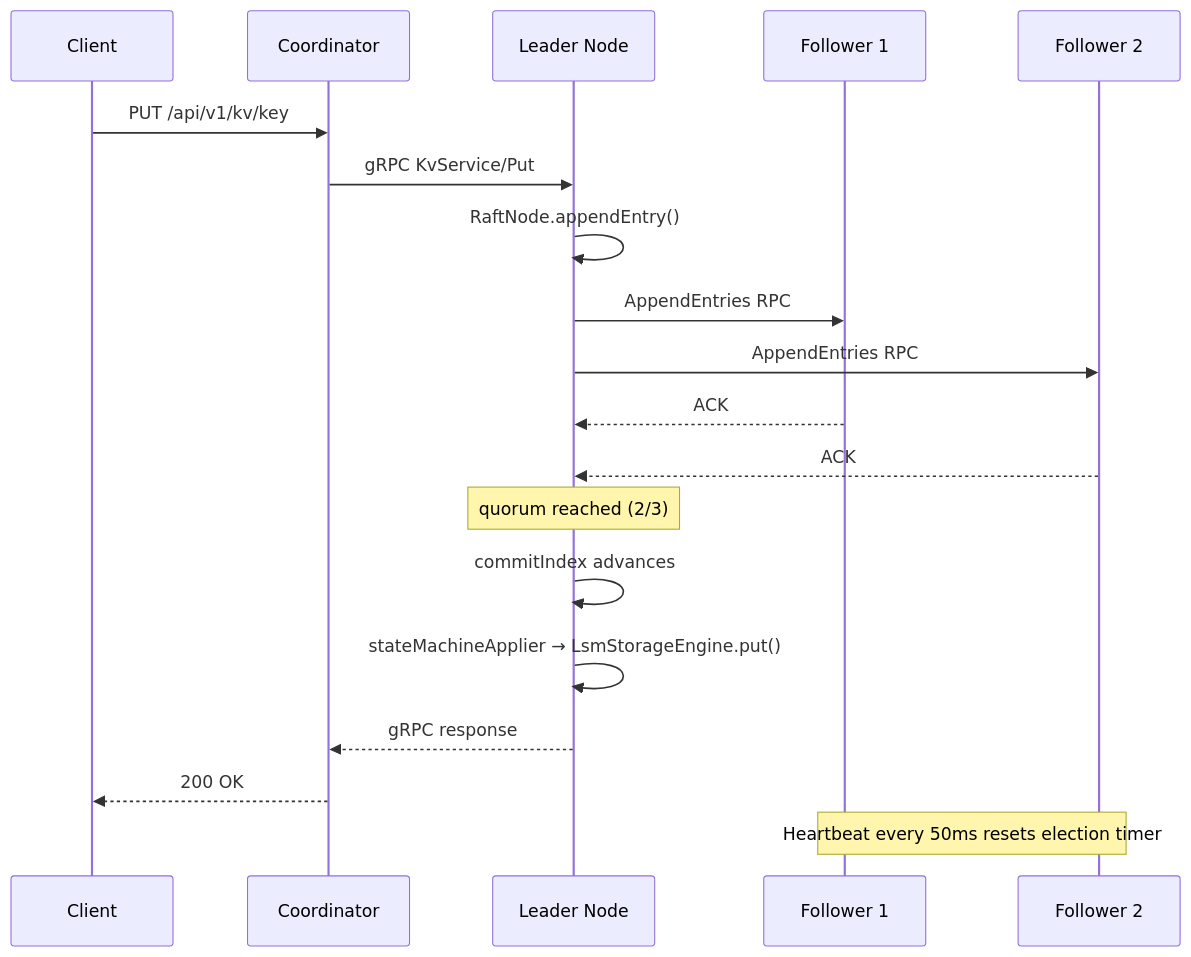
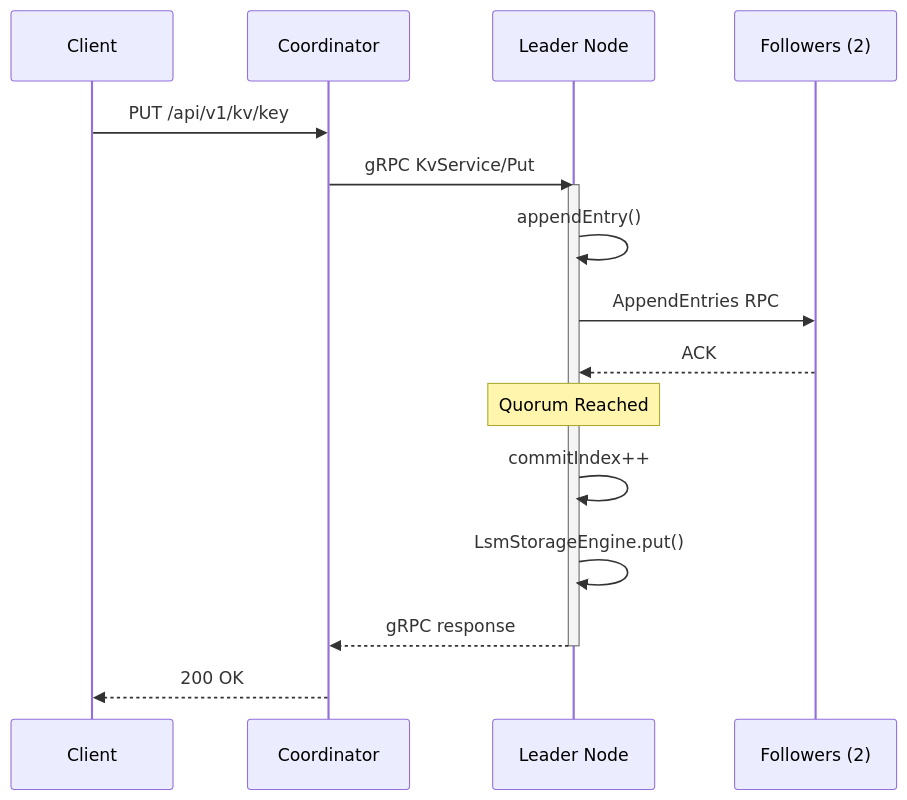
One commit to shubhxtech/Distributed-NoSQL-Key-Value-Database changed the fifth of 6 diagrams in README.md. Above: the diagram before and after it, drawn with Mermaid. The commit also changed other lines of this file, not shown here.

Commit message:
docs: clean up and simplify Mermaid diagrams with minimalist styling

````diff
--- a/README.md
+++ b/README.md
@@ -274,23 +229,20 @@
 ```mermaid
 sequenceDiagram
     participant C as Client
     participant CO as Coordinator
     participant L as Leader Node
-    participant F1 as Follower 1
-    participant F2 as Follower 2
+    participant F as Followers (2)
 
     C->>CO: PUT /api/v1/kv/key
     CO->>L: gRPC KvService/Put
-    L->>L: RaftNode.appendEntry()
-    L->>F1: AppendEntries RPC
-    L->>F2: AppendEntries RPC
-    F1-->>L: ACK
-    F2-->>L: ACK
-    Note over L: quorum reached (2/3)
-    L->>L: commitIndex advances
-    L->>L: stateMachineApplier → LsmStorageEngine.put()
+    activate L
+    L->>L: appendEntry()
+    L->>F: AppendEntries RPC
+    F-->>L: ACK
+    Note over L: Quorum Reached
+    L->>L: commitIndex++
+    L->>L: LsmStorageEngine.put()
     L-->>CO: gRPC response
+    deactivate L
     CO-->>C: 200 OK
-
-    note over F1,F2: Heartbeat every 50ms resets election timer
 ```
````
